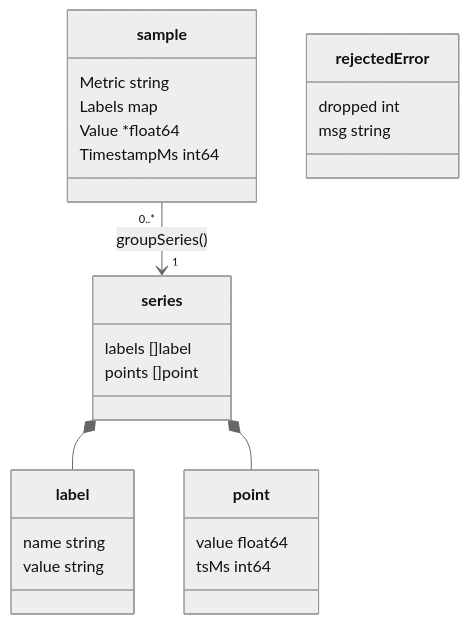
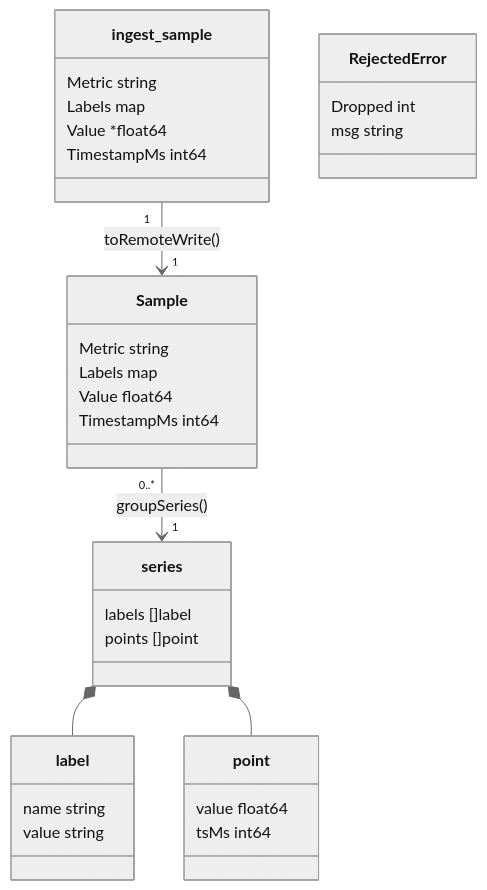
Before and after one commit to MateuxLucax/health-connect-prometheus-exporter: the third of 3 diagrams in docs/data.md, drawn with Mermaid (neutral theme). The commit also changed other lines of this file and 26 other files, not shown here.

````diff
--- a/docs/data.md
+++ b/docs/data.md
@@ -217,28 +223,35 @@
 ```mermaid
 classDiagram
-    class sample {
+    class ingest_sample {
         Metric string
         Labels map
         Value *float64
+        TimestampMs int64
+    }
+    class Sample {
+        Metric string
+        Labels map
+        Value float64
         TimestampMs int64
     }
     class series {
         labels []label
         points []point
     }
     class label {
         name string
         value string
     }
     class point {
         value float64
         tsMs int64
     }
-    class rejectedError {
-        dropped int
+    class RejectedError {
+        Dropped int
         msg string
     }
-    sample "0..*" --> "1" series : groupSeries()
+    ingest_sample "1" --> "1" Sample : toRemoteWrite()
+    Sample "0..*" --> "1" series : groupSeries()
     series *-- label
     series *-- point
 ```
````
